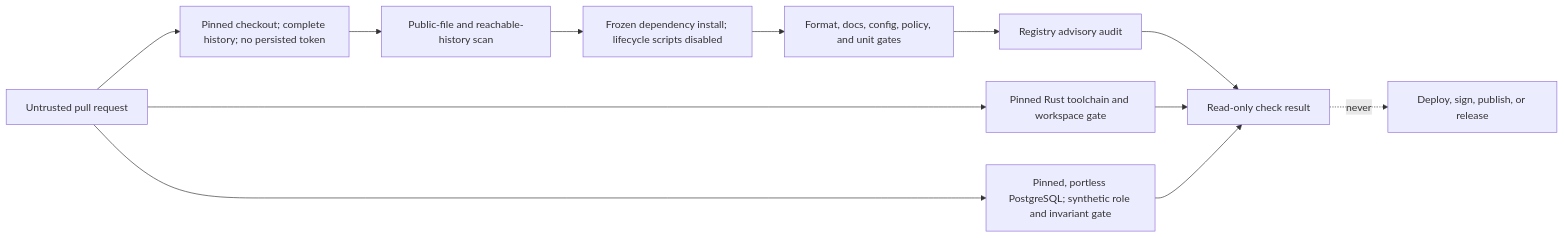
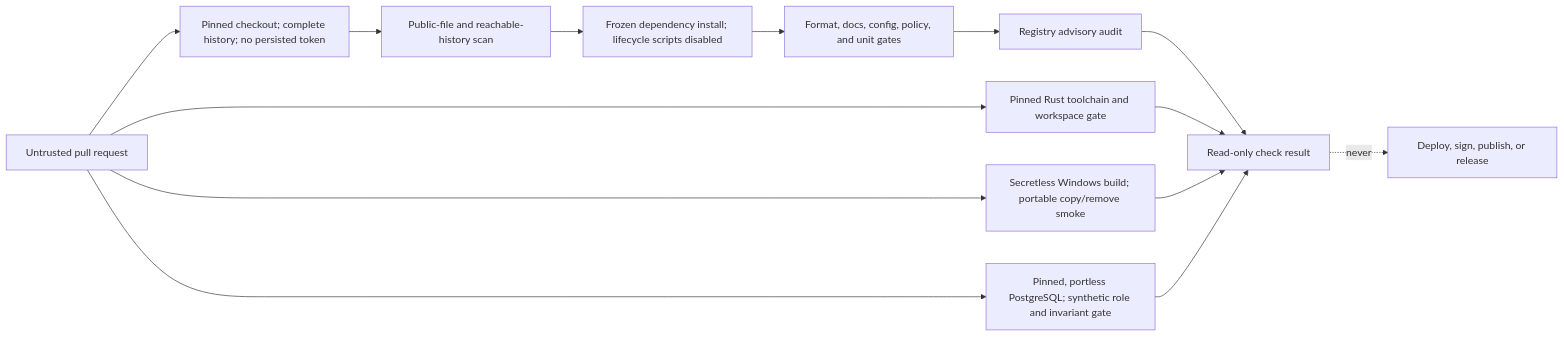
One commit to Tah10n/viberacing changed the diagram in docs/architecture/CI_TRUST_MODEL.md. Above: the diagram before and after it, drawn with Mermaid. The commit also changed other lines of this file and 26 other files, not shown here.

Commit message:
test: bound Windows portable connector lifecycle

````diff
--- a/docs/architecture/CI_TRUST_MODEL.md
+++ b/docs/architecture/CI_TRUST_MODEL.md
@@ -14,14 +15,16 @@
 ```mermaid
 flowchart LR
   PR["Untrusted pull request"] --> CO["Pinned checkout; complete history; no persisted token"]
   CO --> PS["Public-file and reachable-history scan"]
   PS --> DI["Frozen dependency install; lifecycle scripts disabled"]
   DI --> VG["Format, docs, config, policy, and unit gates"]
   VG --> AU["Registry advisory audit"]
   PR --> RT["Pinned Rust toolchain and workspace gate"]
+  PR --> WP["Secretless Windows build; portable copy/remove smoke"]
   PR --> DB["Pinned, portless PostgreSQL; synthetic role and invariant gate"]
   AU --> R["Read-only check result"]
   RT --> R
+  WP --> R
   DB --> R
   R -. "never" .-> DP["Deploy, sign, publish, or release"]
 ```
````
